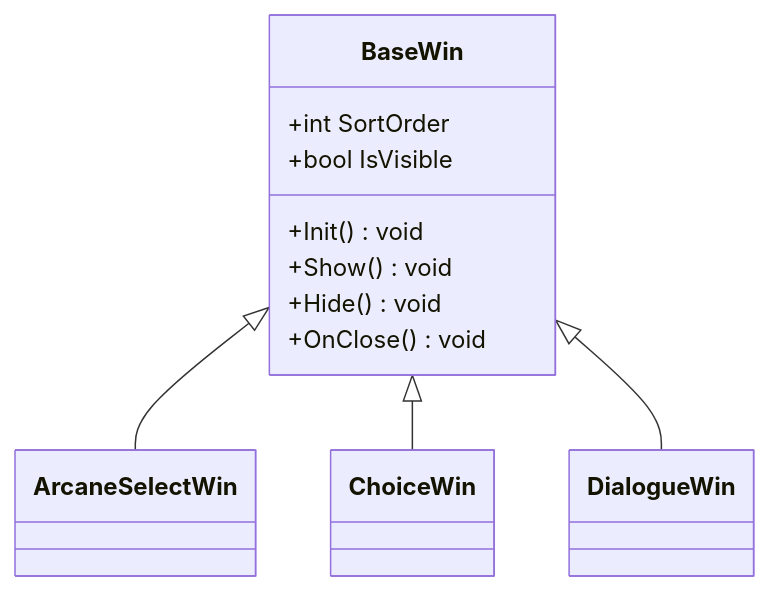
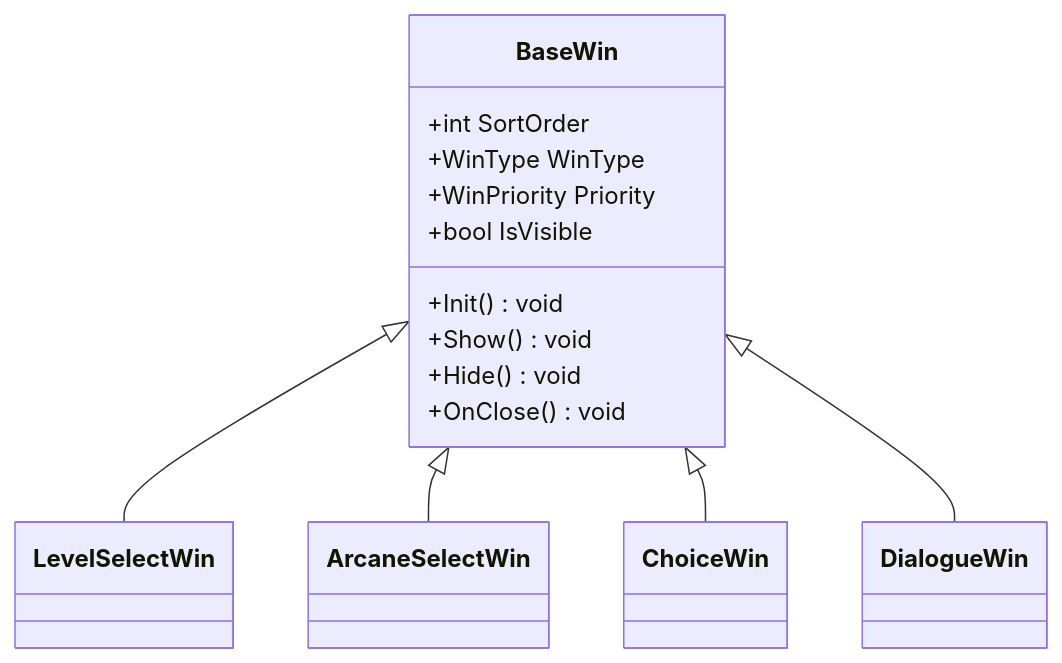
One commit to Tuusen/p1_client changed the third of 9 diagrams in .qoder/repowiki/zh/content/用户界面系统/窗口管理系统.md. Above: the diagram before and after it, drawn with Mermaid. The commit also changed other lines of this file and 19 other files, not shown here.

````diff
--- a/.qoder/repowiki/zh/content/用户界面系统/窗口管理系统.md
+++ b/.qoder/repowiki/zh/content/用户界面系统/窗口管理系统.md
@@ -144,17 +170,21 @@
 ```mermaid
 classDiagram
 class BaseWin {
 +int SortOrder
++WinType WinType
++WinPriority Priority
 +bool IsVisible
 +Init() void
 +Show() void
 +Hide() void
 +OnClose() void
 }
+class LevelSelectWin
 class ArcaneSelectWin
 class ChoiceWin
 class DialogueWin
+BaseWin <|-- LevelSelectWin
 BaseWin <|-- ArcaneSelectWin
 BaseWin <|-- ChoiceWin
 BaseWin <|-- DialogueWin
 ```
````
